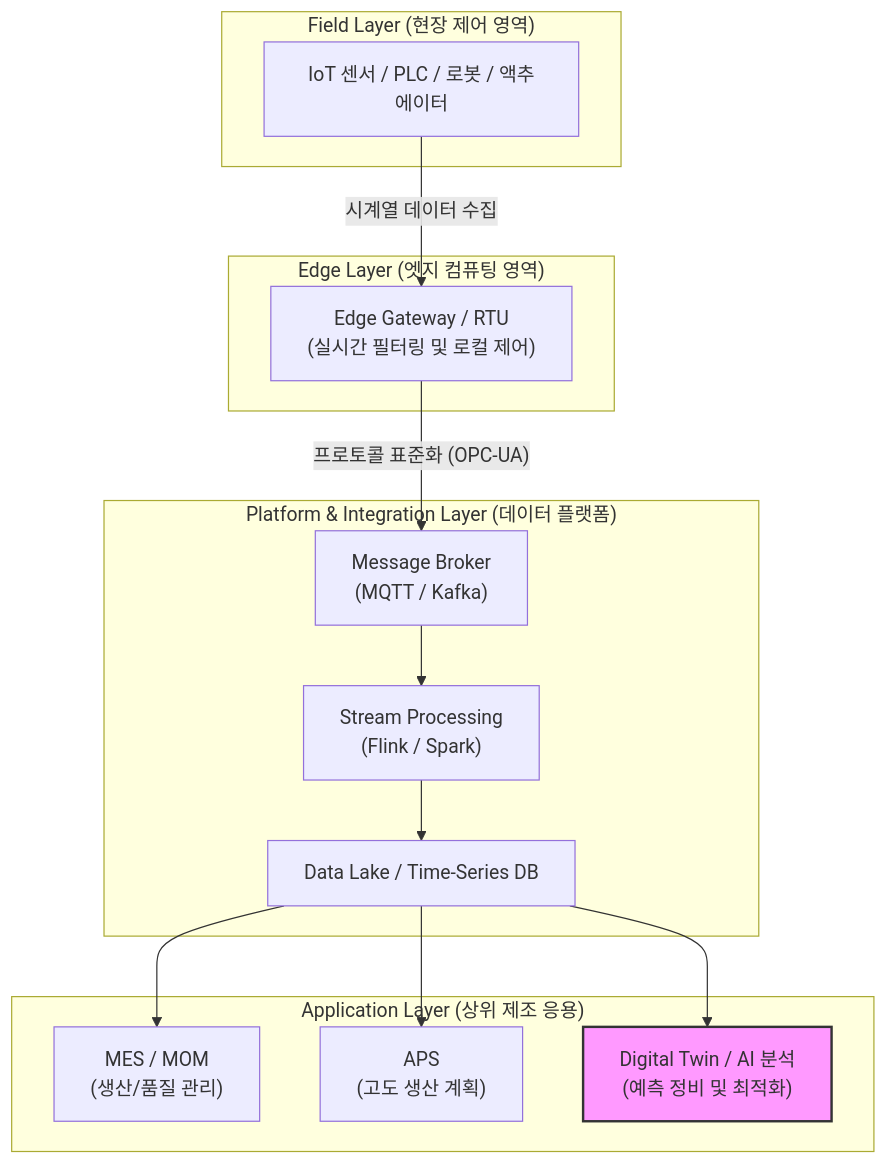
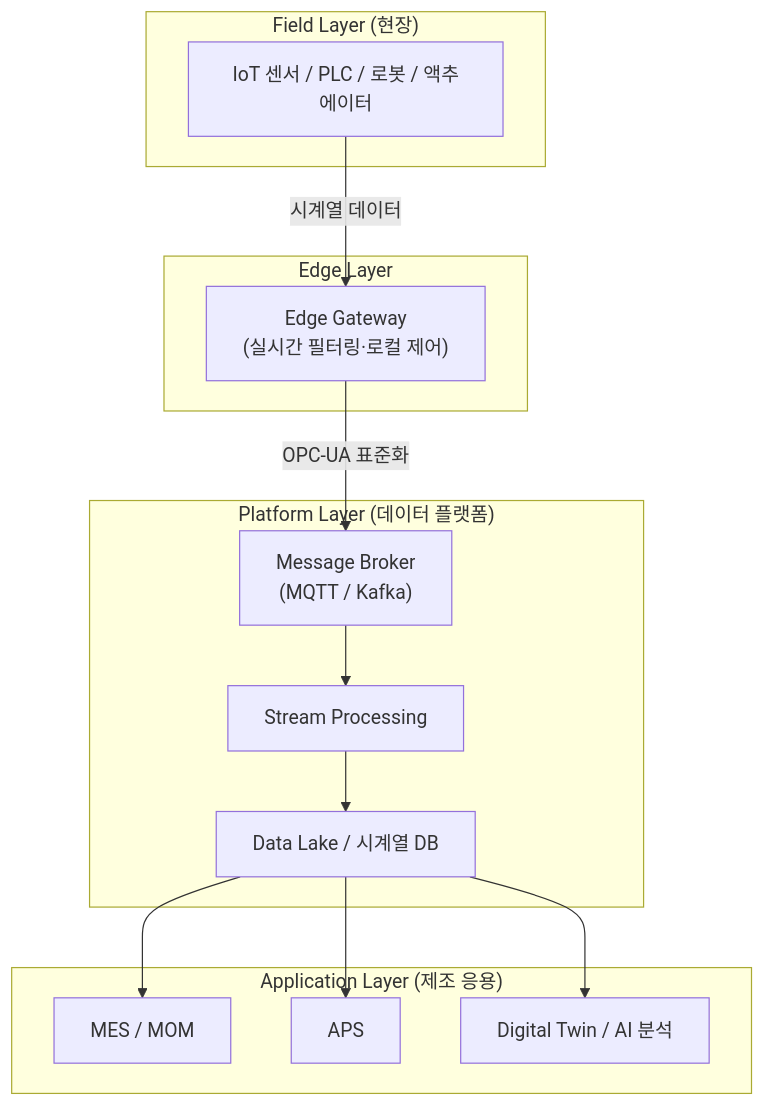
Before and after one commit to supremethumb/supremethumb.github.io: the diagram in content/01_IT Tech/Smart Factory.md, drawn with Mermaid. The commit also changed other lines of this file and 1087 other files, not shown here.

````diff
--- a/content/01_IT Tech/Smart Factory.md
+++ b/content/01_IT Tech/Smart Factory.md
@@ -28,34 +35,25 @@
 ```mermaid
 flowchart TB
-    subgraph "Field Layer (현장 제어 영역)"
+    subgraph Field["Field Layer (현장)"]
         Sensor["IoT 센서 / PLC / 로봇 / 액추에이터"]
     end
-
-    subgraph "Edge Layer (엣지 컴퓨팅 영역)"
-        EdgeGateway["Edge Gateway / RTU<br/>(실시간 필터링 및 로컬 제어)"]
+    subgraph Edge["Edge Layer"]
+        EdgeGateway["Edge Gateway<br/>(실시간 필터링·로컬 제어)"]
     end
-
-    subgraph "Platform & Integration Layer (데이터 플랫폼)"
+    subgraph Platform["Platform Layer (데이터 플랫폼)"]
         Broker["Message Broker<br/>(MQTT / Kafka)"]
-        Stream["Stream Processing<br/>(Flink / Spark)"]
-        DataLake["Data Lake / Time-Series DB"]
+        Stream["Stream Processing"]
+        DataLake["Data Lake / 시계열 DB"]
     end
-
-    subgraph "Application Layer (상위 제조 응용)"
-        MES["MES / MOM<br/>(생산/품질 관리)"]
-        APS["APS<br/>(고도 생산 계획)"]
-        DT["Digital Twin / AI 분석<br/>(예측 정비 및 최적화)"]
+    subgraph App["Application Layer (제조 응용)"]
+        MES["MES / MOM"]
+        APS["APS"]
+        DT["Digital Twin / AI 분석"]
     end
-
-    Sensor -->|시계열 데이터 수집| EdgeGateway
-    EdgeGateway -->|"프로토콜 표준화 (OPC-UA)"| Broker
-    Broker --> Stream
-    Stream --> DataLake
+    Sensor -->|시계열 데이터| EdgeGateway
+    EdgeGateway -->|"OPC-UA 표준화"| Broker
+    Broker --> Stream --> DataLake
     DataLake --> MES
     DataLake --> APS
     DataLake --> DT
-    
-    style DT fill:#f9f,stroke:#333,stroke-width:2px
-
-
 ```
````
